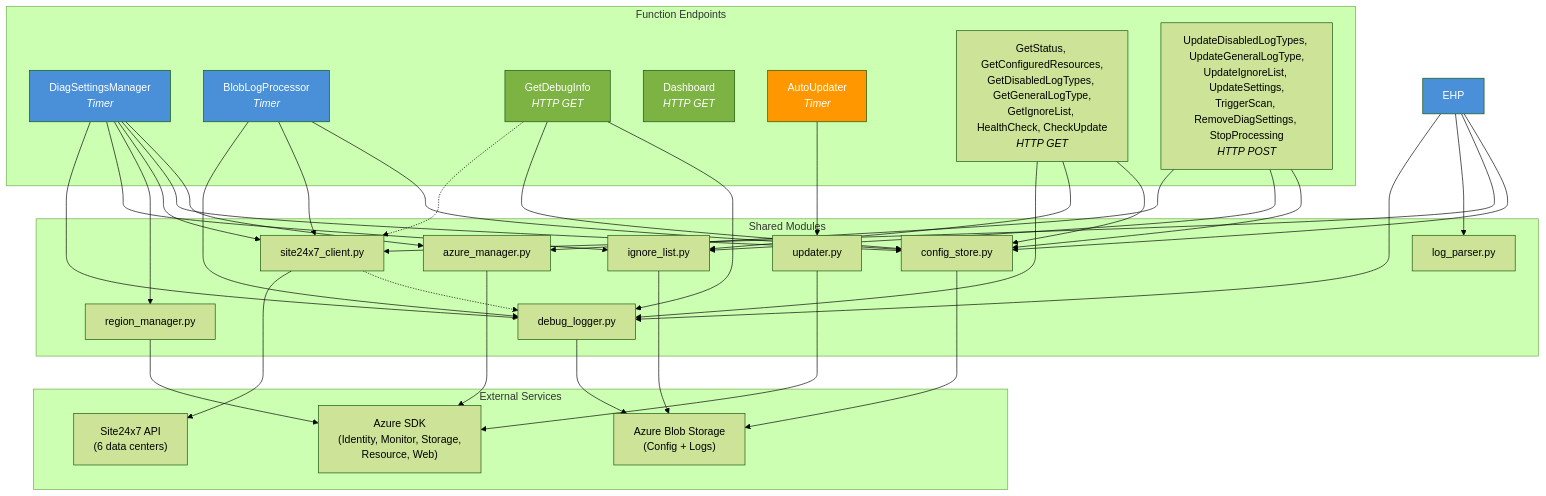
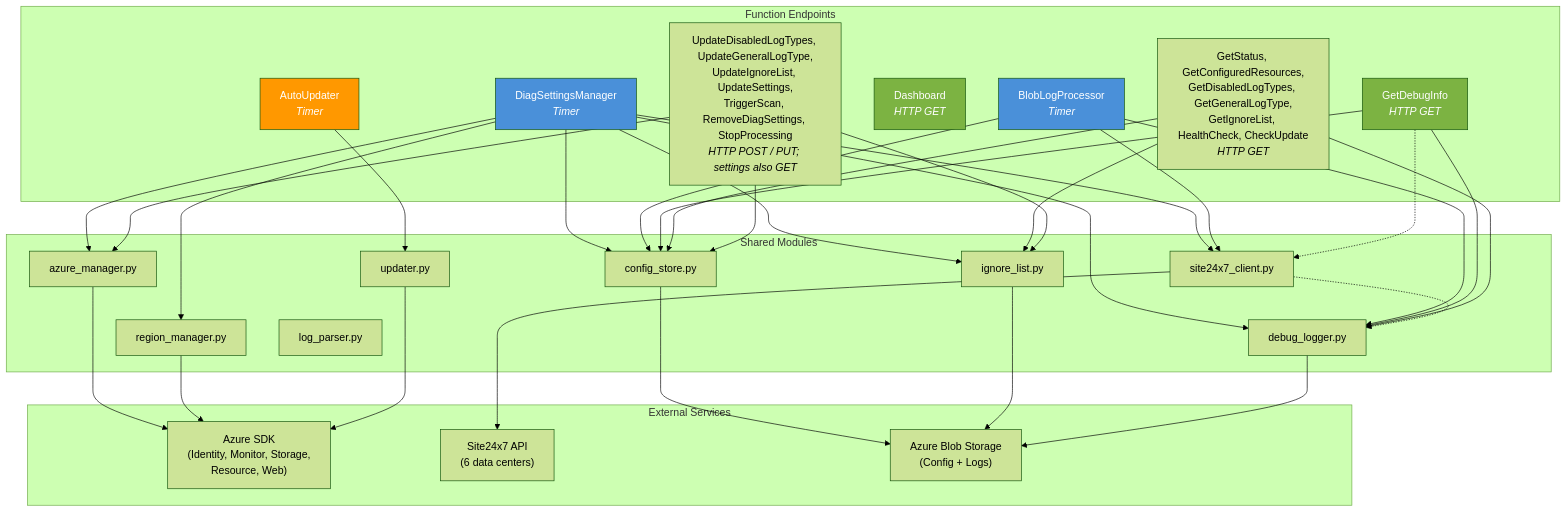
The diagram in docs/developer-guide.md (site24x7/azure-log-collector), drawn with Mermaid (forest theme) before and after one commit. The commit also changed other lines of this file and 12 other files, not shown here.

````diff
--- a/docs/developer-guide.md
+++ b/docs/developer-guide.md
@@ -178,76 +146,71 @@
 ```mermaid
 graph TD
     subgraph "Function Endpoints"
         DSM[DiagSettingsManager<br/><i>Timer</i>]
         BLP[BlobLogProcessor<br/><i>Timer</i>]
         GDI[GetDebugInfo<br/><i>HTTP GET</i>]
         DASH[Dashboard<br/><i>HTTP GET</i>]
         AU[AutoUpdater<br/><i>Timer</i>]
         HTTP_GET["GetStatus, GetConfiguredResources,<br/>GetDisabledLogTypes, GetGeneralLogType,<br/>GetIgnoreList, HealthCheck, CheckUpdate<br/><i>HTTP GET</i>"]
-        HTTP_POST["UpdateDisabledLogTypes, UpdateGeneralLogType,<br/>UpdateIgnoreList, UpdateSettings,<br/>TriggerScan, RemoveDiagSettings, StopProcessing<br/><i>HTTP POST</i>"]
+        HTTP_POST["UpdateDisabledLogTypes, UpdateGeneralLogType,<br/>UpdateIgnoreList, UpdateSettings,<br/>TriggerScan, RemoveDiagSettings, StopProcessing<br/><i>HTTP POST / PUT; settings also GET</i>"]
     end
 
     subgraph "Shared Modules"
         AM[azure_manager.py]
         CS[config_store.py]
         S247[site24x7_client.py]
         RM[region_manager.py]
         IL[ignore_list.py]
         DL[debug_logger.py]
         LP[log_parser.py]
         UP[updater.py]
     end
 
     subgraph "External Services"
         AZURE_SDK["Azure SDK<br/>(Identity, Monitor, Storage,<br/>Resource, Web)"]
         S247_API["Site24x7 API<br/>(6 data centers)"]
         BLOB["Azure Blob Storage<br/>(Config + Logs)"]
     end
 
     DSM --> AM
     DSM --> CS
     DSM --> S247
     DSM --> RM
     DSM --> IL
     DSM --> DL
 
     BLP --> CS
     BLP --> S247
     BLP --> DL
 
-    EHP --> CS
-    EHP --> S247
-    EHP --> LP
-    EHP --> DL
 
     GDI --> DL
     GDI --> CS
     GDI -.-> S247
 
     AU --> UP
 
     HTTP_GET --> CS
     HTTP_GET --> IL
     HTTP_GET --> DL
 
     HTTP_POST --> CS
     HTTP_POST --> IL
     HTTP_POST --> AM
 
     S247 -.-> DL
 
     AM --> AZURE_SDK
     CS --> BLOB
     S247 --> S247_API
     RM --> AZURE_SDK
     IL --> BLOB
     DL --> BLOB
     UP --> AZURE_SDK
 
     style DSM fill:#4a90d9,color:#fff
     style BLP fill:#4a90d9,color:#fff
-    style EHP fill:#4a90d9,color:#fff
     style GDI fill:#7cb342,color:#fff
     style DASH fill:#7cb342,color:#fff
     style AU fill:#ff9800,color:#fff
 ```
````
